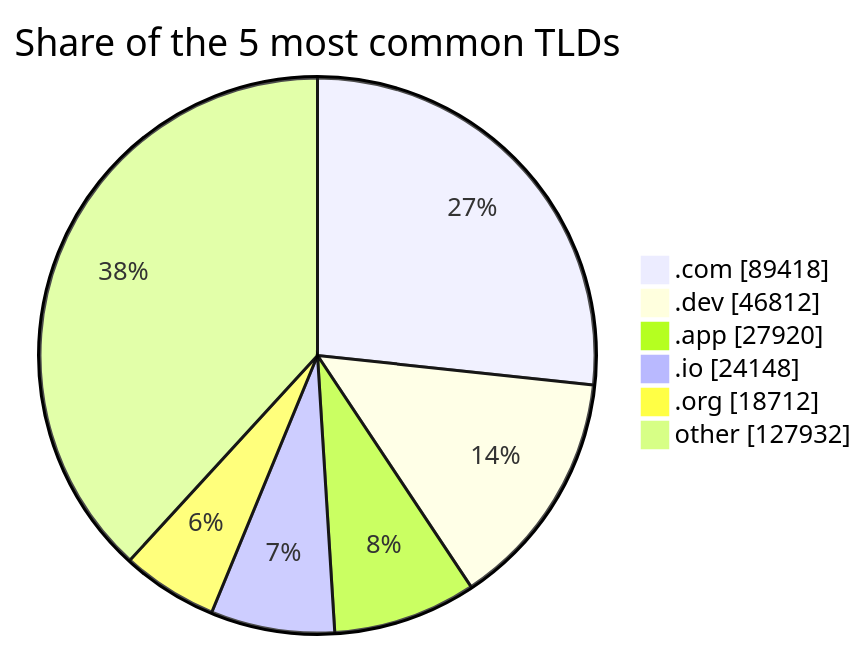
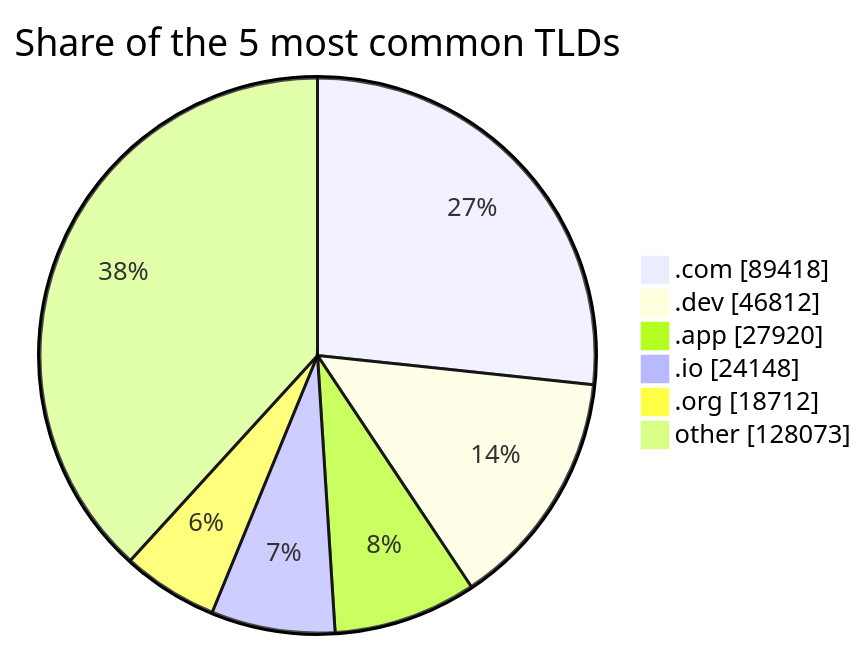
One commit to DNSBunker/CTI changed the third of 3 diagrams in README.md. Above: the diagram before and after it, drawn with Mermaid. The commit also changed other lines of this file and 3 other files, not shown here.

````diff
--- a/README.md
+++ b/README.md
@@ -81,9 +81,9 @@
 ```mermaid
 pie showData title Share of the 5 most common TLDs
     ".com" : 89418
     ".dev" : 46812
     ".app" : 27920
     ".io" : 24148
     ".org" : 18712
-    "other" : 127932
+    "other" : 128073
 ```
````
